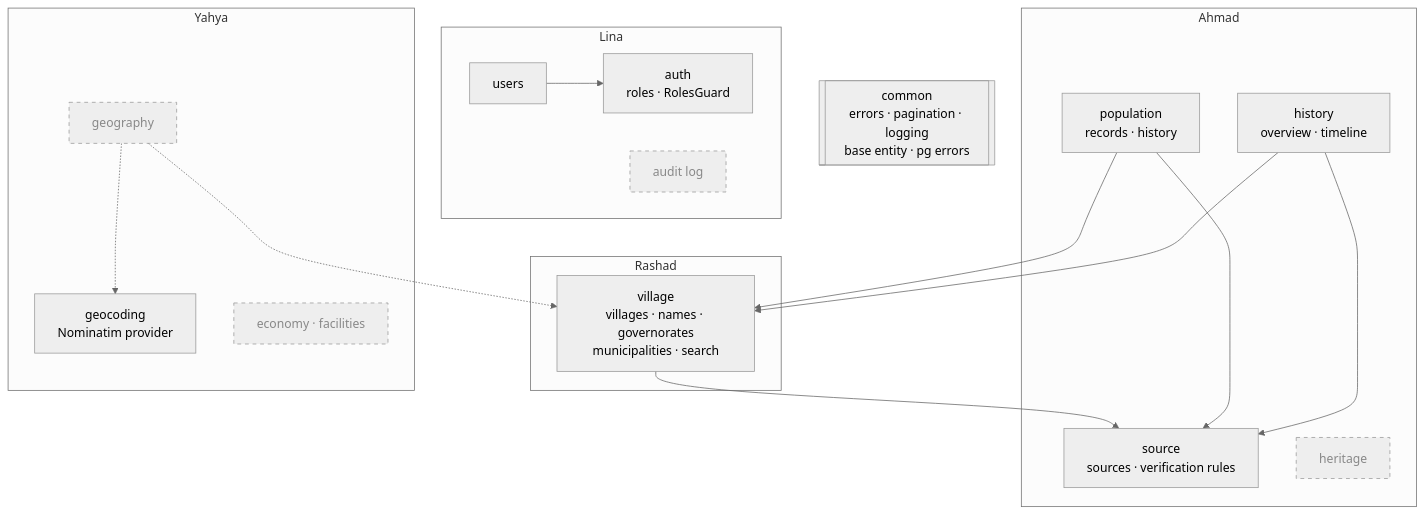
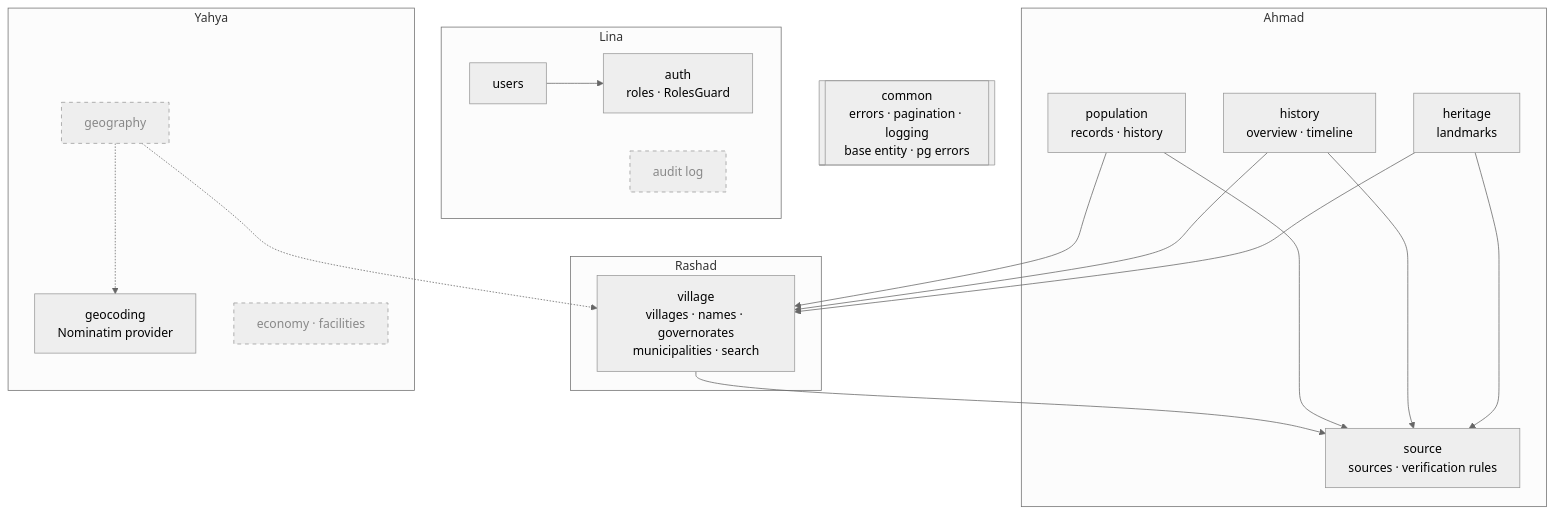
The second of 5 diagrams in docs/architecture.md (qaryati-Org/qaryati), drawn with Mermaid (neutral theme) before and after one commit. The commit also changed other lines of this file and 1 other file, not shown here.

Commit message:
docs(architecture): show heritage module as merged

````diff
--- a/docs/architecture.md
+++ b/docs/architecture.md
@@ -49,35 +49,37 @@
 ```mermaid
 flowchart TB
     subgraph Rashad
         VIL[village<br/>villages · names · governorates<br/>municipalities · search]
     end
     subgraph Ahmad
         SRC[source<br/>sources · verification rules]
         POP[population<br/>records · history]
         HIS[history<br/>overview · timeline]
-        HER[heritage]:::planned
+        HER[heritage<br/>landmarks]
     end
     subgraph Lina
         AUTH[auth<br/>roles · RolesGuard]
         USR[users]
         AUD[audit log]:::planned
     end
     subgraph Yahya
         GEO[geocoding<br/>Nominatim provider]
         GEOG[geography]:::planned
         ECO[economy · facilities]:::planned
     end
 
     COMMON[[common<br/>errors · pagination · logging<br/>base entity · pg errors]]
 
     VIL --> SRC
     POP --> VIL
     POP --> SRC
     HIS --> VIL
     HIS --> SRC
+    HER --> VIL
+    HER --> SRC
     USR --> AUTH
     GEOG -.-> GEO
     GEOG -.-> VIL
 
     classDef planned stroke-dasharray: 5 5,color:#888
 ```
````
